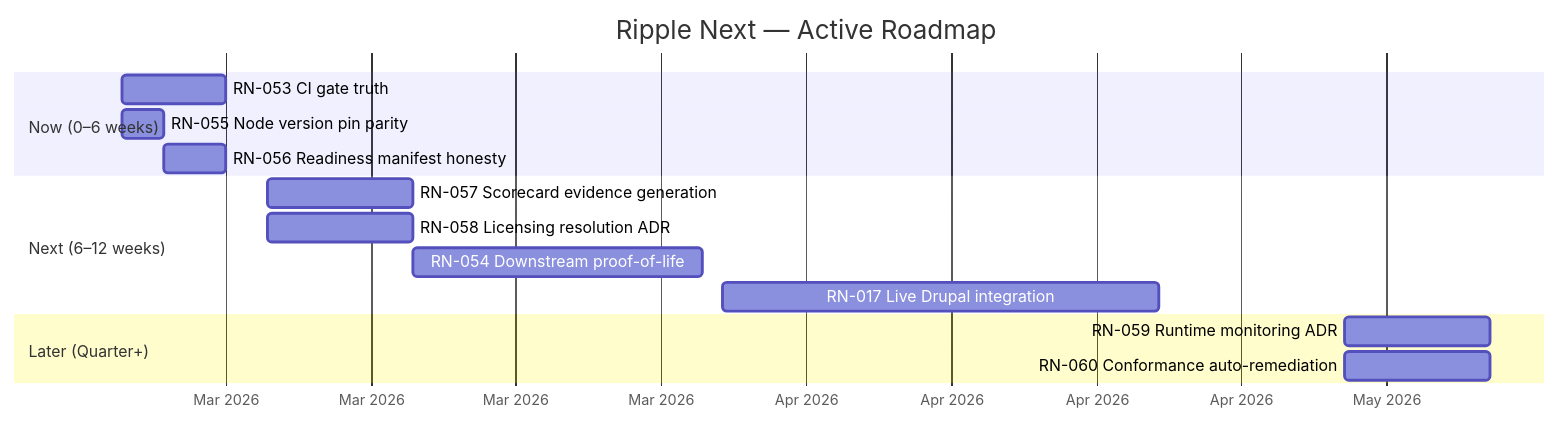
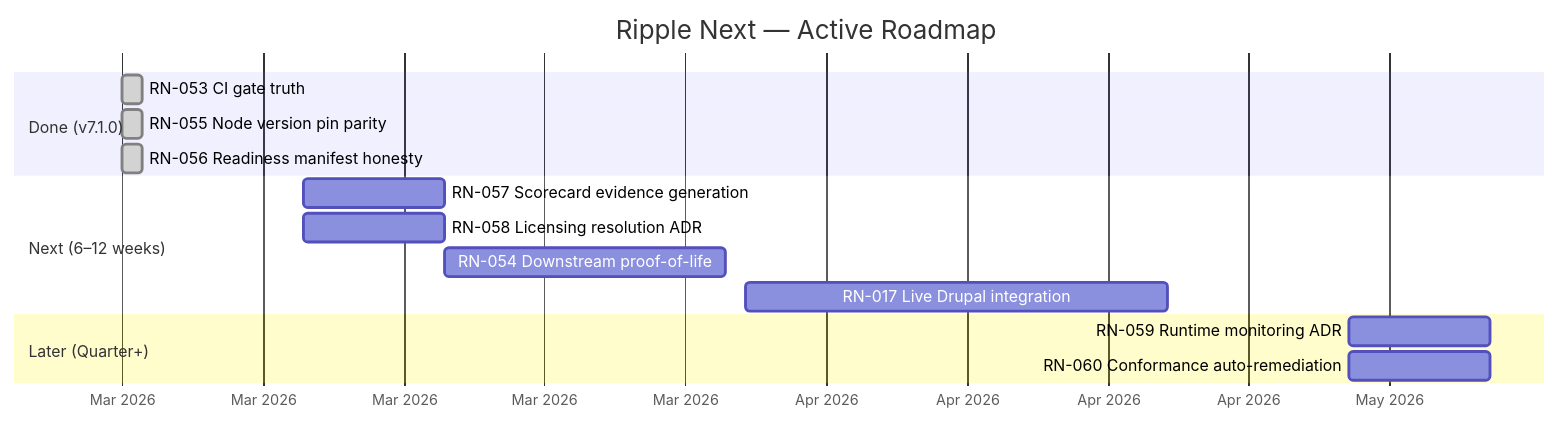
Before and after one commit to jbejenar/ripple-next: the diagram in docs/product-roadmap/README.md, drawn with Mermaid. The commit also changed other lines of this file and 8 other files, not shown here.

First line of the commit message:
feat: ship RN-053, RN-055, RN-056 — honesty debt (roadmap v7.1.0)

````diff
--- a/docs/product-roadmap/README.md
+++ b/docs/product-roadmap/README.md
@@ -17,21 +17,21 @@
 ```mermaid
 gantt
     title Ripple Next — Active Roadmap
     dateFormat YYYY-MM-DD
     axisFormat %b %Y
 
-    section Now (0–6 weeks)
-    RN-053 CI gate truth                   :rn053, 2026-03-03, 5d
-    RN-055 Node version pin parity         :rn055, 2026-03-03, 2d
-    RN-056 Readiness manifest honesty      :rn056, 2026-03-05, 3d
+    section Done (v7.1.0)
+    RN-053 CI gate truth                   :done, rn053, 2026-03-01, 1d
+    RN-055 Node version pin parity         :done, rn055, 2026-03-01, 1d
+    RN-056 Readiness manifest honesty      :done, rn056, 2026-03-01, 1d
 
     section Next (6–12 weeks)
     RN-057 Scorecard evidence generation   :rn057, 2026-03-10, 7d
     RN-058 Licensing resolution ADR        :rn058, 2026-03-10, 7d
     RN-054 Downstream proof-of-life        :rn054, 2026-03-17, 14d
     RN-017 Live Drupal integration         :rn017, 2026-04-01, 21d
 
     section Later (Quarter+)
     RN-059 Runtime monitoring ADR          :rn059, 2026-05-01, 7d
     RN-060 Conformance auto-remediation    :rn060, 2026-05-01, 7d
 ```
````
